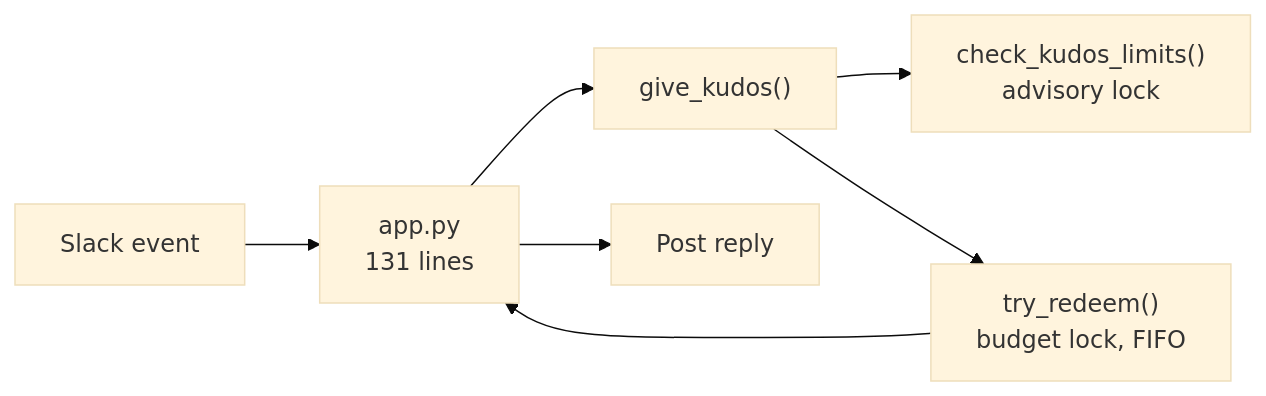
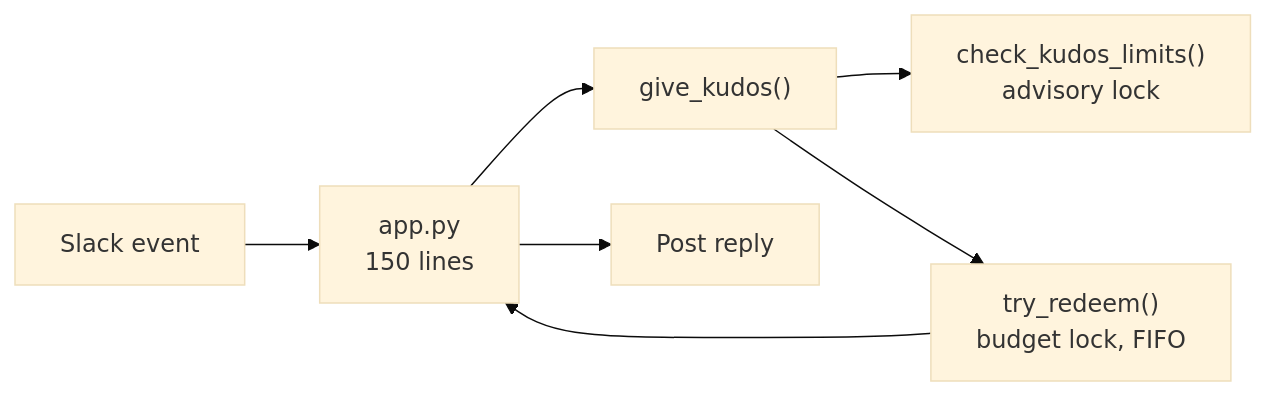
The fifth of 6 diagrams in presentation/slideshow.md (samanklesaria/kudos-bot), drawn with Mermaid (base theme) before and after one commit. The commit also changed other lines of this file and 10 other files, not shown here.

````diff
--- a/presentation/slideshow.md
+++ b/presentation/slideshow.md
@@ -79,9 +73,9 @@
 ```mermaid
 graph LR
-    S["Slack event"] --> A["app.py<br>131 lines"]
+    S["Slack event"] --> A["app.py<br>150 lines"]
     A --> GK["give_kudos()"]
     GK --> CL["check_kudos_limits()<br>advisory lock"]
     GK --> TR["try_redeem()<br>budget lock, FIFO"]
     TR --> A
     A --> Reply["Post reply"]
 ```
````
